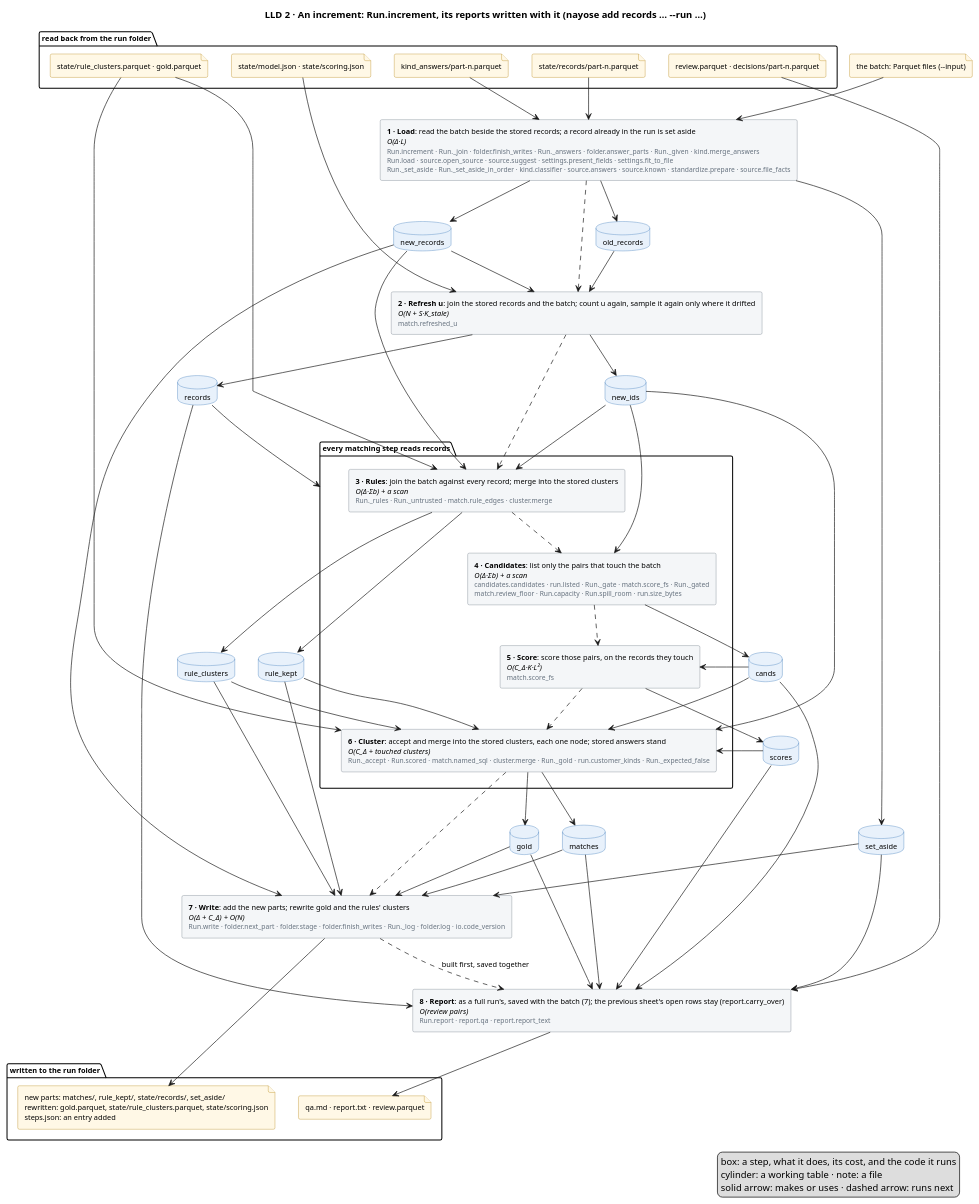
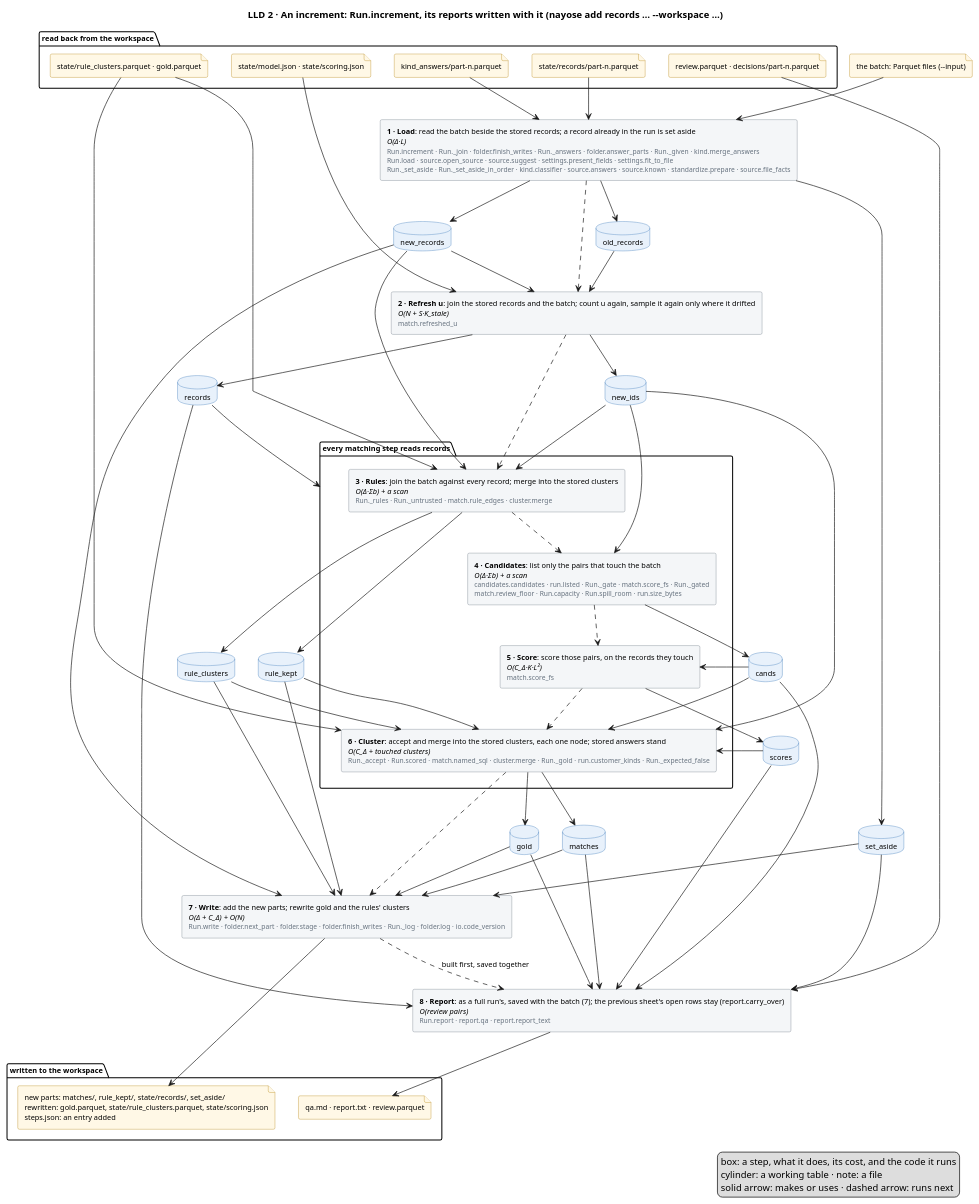
The diagram in docs/diagrams/increment.puml (mvsbm/entity_matching), drawn with PlantUML before and after one commit. The commit also changed 33 other files, not shown here.

```diff
--- a/docs/diagrams/increment.puml
+++ b/docs/diagrams/increment.puml
@@ -1,113 +1,113 @@
 @startuml increment
-title LLD 2 · An increment: Run.increment, its reports written with it (nayose add records … ~--run …)
+title LLD 2 · An increment: Run.increment, its reports written with it (nayose add records … ~--workspace …)
 skinparam defaultFontSize 11
 skinparam rectangle {
   BackgroundColor #F4F6F8
   BorderColor #65717E
 }
 skinparam database {
   BackgroundColor #E8F1FB
   BorderColor #2C6DB3
 }
 skinparam file {
   BackgroundColor #FFF8E6
   BorderColor #B07D00
 }
 
-package "read back from the run folder" {
+package "read back from the workspace" {
   file "state/model.json · state/scoring.json" as f_model
   file "state/records/part-n.parquet" as f_records
   file "state/rule_clusters.parquet · gold.parquet" as f_clusters
   file "kind_answers/part-n.parquet" as f_answers
   file "review.parquet · decisions/part-n.parquet" as f_sheet
 }
 file "the batch: Parquet files (~--input)" as f_batch
 
 
 rectangle "<b>1 · Load</b>: read the batch beside the stored records; a record already in the run is set aside\n<i>O(Δ·L)</i>\n<size:10><color:#65717E>Run.increment · Run._join · folder.finish_writes · Run._answers · folder.answer_parts · Run._given · kind.merge_answers</color></size>\n<size:10><color:#65717E>Run.load · source.open_source · source.suggest · settings.present_fields · settings.fit_to_file</color></size>\n<size:10><color:#65717E>Run._set_aside · Run._set_aside_in_order · kind.classifier · source.answers · source.known · standardize.prepare · source.file_facts</color></size>" as load
 rectangle "<b>2 · Refresh u</b>: join the stored records and the batch; count u again, sample it again only where it drifted\n<i>O(N + S·K_stale)</i>\n<size:10><color:#65717E>match.refreshed_u</color></size>" as fit
 package "every matching step reads records" as matching {
   rectangle "<b>3 · Rules</b>: join the batch against every record; merge into the stored clusters\n<i>O(Δ·Σb) + a scan</i>\n<size:10><color:#65717E>Run._rules · Run._untrusted · match.rule_edges · cluster.merge</color></size>" as rules
   rectangle "<b>4 · Candidates</b>: list only the pairs that touch the batch\n<i>O(Δ·Σb) + a scan</i>\n<size:10><color:#65717E>candidates.candidates · run.listed · Run._gate · match.score_fs · Run._gated</color></size>\n<size:10><color:#65717E>match.review_floor · Run.capacity · Run.spill_room · run.size_bytes</color></size>" as candidates
   rectangle "<b>5 · Score</b>: score those pairs, on the records they touch\n<i>O(C_Δ·K·L²)</i>\n<size:10><color:#65717E>match.score_fs</color></size>" as score
   rectangle "<b>6 · Cluster</b>: accept and merge into the stored clusters, each one node; stored answers stand\n<i>O(C_Δ + touched clusters)</i>\n<size:10><color:#65717E>Run._accept · Run.scored · match.named_sql · cluster.merge · Run._gold · run.customer_kinds · Run._expected_false</color></size>" as cluster
 }
 rectangle "<b>7 · Write</b>: add the new parts; rewrite gold and the rules' clusters\n<i>O(Δ + C_Δ) + O(N)</i>\n<size:10><color:#65717E>Run.write · folder.next_part · folder.stage · folder.finish_writes · Run._log · folder.log · io.code_version</color></size>" as write
 rectangle "<b>8 · Report</b>: as a full run's, saved with the batch (7); the previous sheet's open rows stay (report.carry_over)\n<i>O(review pairs)</i>\n<size:10><color:#65717E>Run.report · report.qa · report.report_text</color></size>" as report
 database "old_records" as old_records
 database "new_records" as new_records
 database "set_aside" as set_aside
 database "records" as records
 database "new_ids" as new_ids
 database "rule_clusters" as rule_clusters
 database "rule_kept" as rule_kept
 database "cands" as cands
 database "scores" as scores
 database "matches" as matches
 database "gold" as gold
 
-package "written to the run folder" {
+package "written to the workspace" {
   file "new parts: matches/, rule_kept/, state/records/, set_aside/\nrewritten: gold.parquet, state/rule_clusters.parquet, state/scoring.json\nsteps.json: an entry added" as f_out
   file "qa.md · report.txt · review.parquet" as f_people
 }
 
 f_batch --> load
 f_records --> load
 f_answers --> load
 f_model --> fit
 f_clusters --> rules
 f_clusters --> cluster
 f_sheet --> report
 
 load ..> fit
 fit ..> rules
 rules ..> candidates
 candidates ..> score
 score ..> cluster
 cluster ..> write
 write ..> report : built first, saved together
 
 load --> old_records
 load --> new_records
 load --> set_aside
 old_records --> fit
 new_records --> fit
 fit --> records
 fit --> new_ids
 records --> matching
 new_records --> rules
 new_ids --> rules
 rules --> rule_clusters
 rules --> rule_kept
 new_ids --> candidates
 candidates --> cands
 cands --> score
 score --> scores
 new_ids --> cluster
 rule_clusters --> cluster
 rule_kept --> cluster
 cands --> cluster
 scores --> cluster
 cluster --> matches
 cluster --> gold
 new_records --> write
 rule_clusters --> write
 rule_kept --> write
 matches --> write
 gold --> write
 set_aside --> write
 records --> report
 cands --> report
 scores --> report
 matches --> report
 gold --> report
 set_aside --> report
 
 write --> f_out
 report --> f_people
 legend right
   box: a step, what it does, its cost, and the code it runs
   cylinder: a working table · note: a file
   solid arrow: makes or uses · dashed arrow: runs next
 endlegend
 @enduml
```
